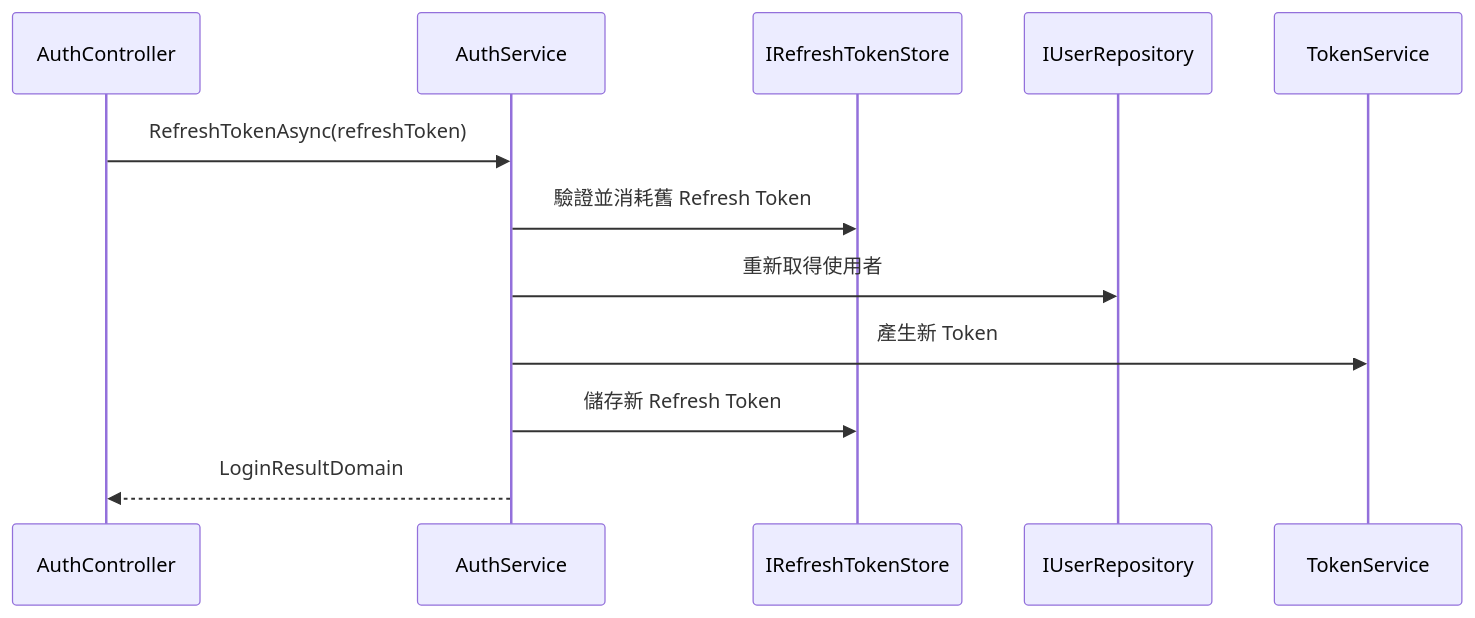
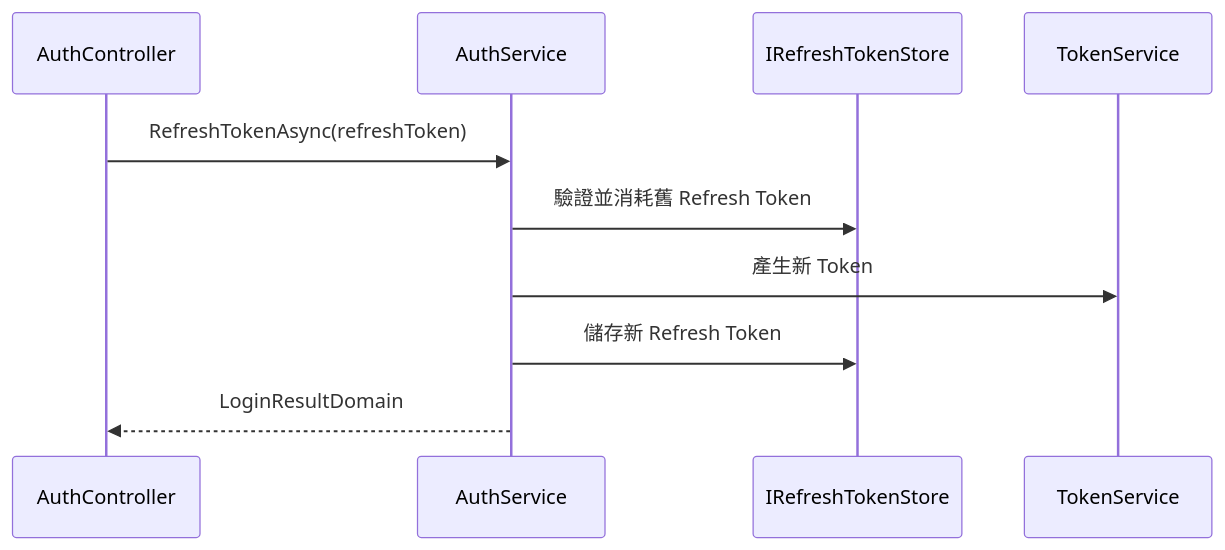
Before and after one commit to rexmax1018/B2B_API: the third of 3 diagrams in B2B.Service.Impl/README.md, drawn with Mermaid. The commit also changed other lines of this file and 44 other files, not shown here.

````diff
--- a/B2B.Service.Impl/README.md
+++ b/B2B.Service.Impl/README.md
@@ -78,15 +78,13 @@
 ```mermaid
 sequenceDiagram
     participant WebApi as AuthController
     participant Auth as AuthService
     participant Store as IRefreshTokenStore
-    participant Repo as IUserRepository
     participant Token as TokenService
 
     WebApi->>Auth: RefreshTokenAsync(refreshToken)
     Auth->>Store: 驗證並消耗舊 Refresh Token
-    Auth->>Repo: 重新取得使用者
     Auth->>Token: 產生新 Token
     Auth->>Store: 儲存新 Refresh Token
     Auth-->>WebApi: LoginResultDomain
 ```
````
